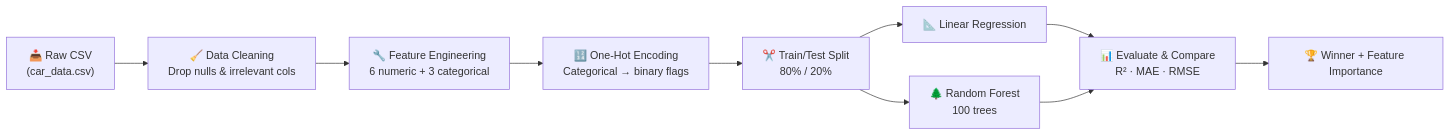
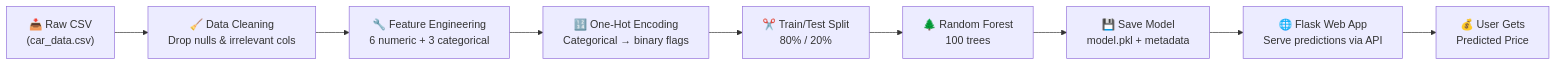
Before and after one commit to algorithnicmind/Car-predict: the diagram in README.md, drawn with Mermaid. The commit also changed other lines of this file, not shown here.

Commit message:
docs: rewrite README for Flask web app with actual model metrics

````diff
--- a/README.md
+++ b/README.md
@@ -75,12 +104,11 @@
 ```mermaid
 flowchart LR
     A["📥 Raw CSV\n(car_data.csv)"] --> B["🧹 Data Cleaning\nDrop nulls & irrelevant cols"]
     B --> C["🔧 Feature Engineering\n6 numeric + 3 categorical"]
     C --> D["🔢 One-Hot Encoding\nCategorical → binary flags"]
     D --> E["✂️ Train/Test Split\n80% / 20%"]
-    E --> F["📐 Linear Regression"]
-    E --> G["🌲 Random Forest\n100 trees"]
-    F --> H["📊 Evaluate & Compare\nR² · MAE · RMSE"]
-    G --> H
-    H --> I["🏆 Winner + Feature Importance"]
+    E --> F["🌲 Random Forest\n100 trees"]
+    F --> G["💾 Save Model\nmodel.pkl + metadata"]
+    G --> H["🌐 Flask Web App\nServe predictions via API"]
+    H --> I["💰 User Gets\nPredicted Price"]
 ```
````
